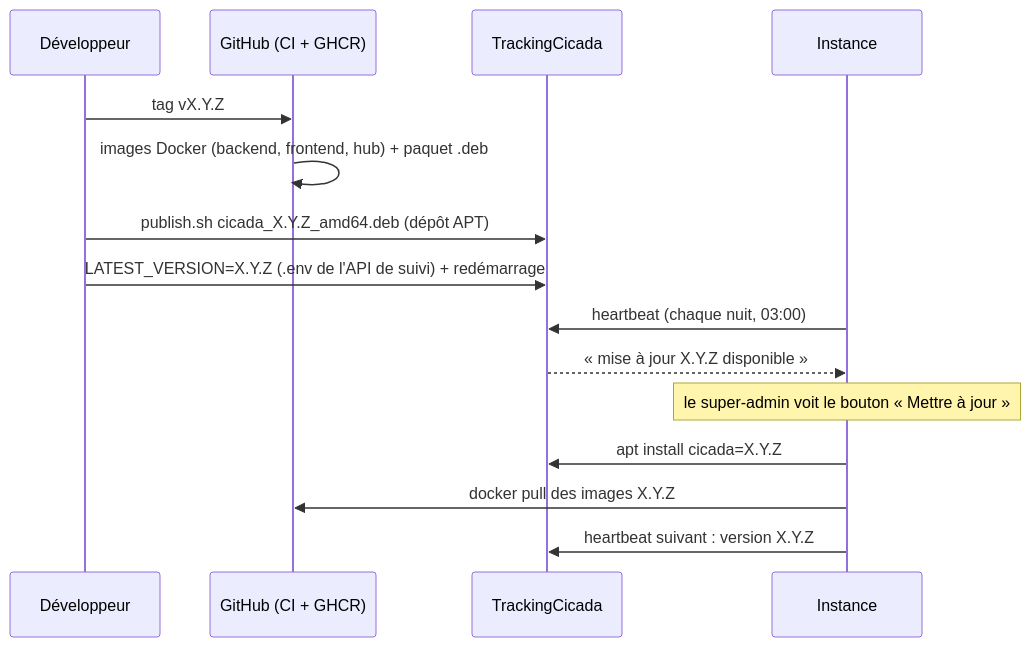
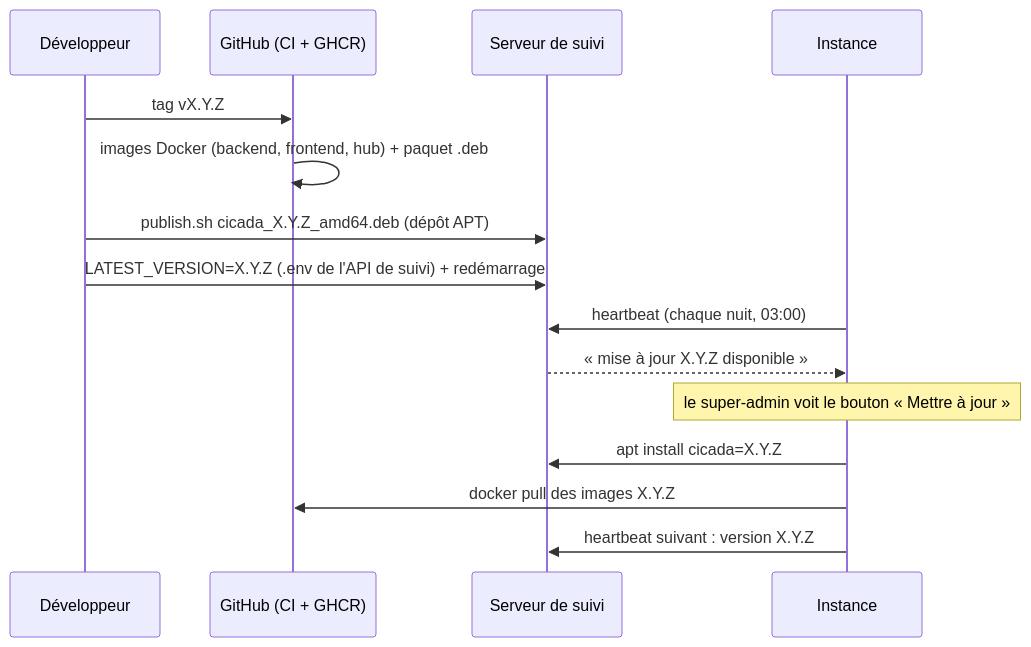
Before and after one commit to RNF-SI/Cicada: the second of 2 diagrams in docs/INFRASTRUCTURE.md, drawn with Mermaid. The commit also changed other lines of this file and 15 other files, not shown here.

````diff
--- a/docs/INFRASTRUCTURE.md
+++ b/docs/INFRASTRUCTURE.md
@@ -71,18 +71,18 @@
 ```mermaid
 sequenceDiagram
     participant Dev as Développeur
     participant GH as GitHub (CI + GHCR)
-    participant TC as TrackingCicada
+    participant TC as Serveur de suivi
     participant I as Instance
 
     Dev->>GH: tag vX.Y.Z
     GH->>GH: images Docker (backend, frontend, hub) + paquet .deb
     Dev->>TC: publish.sh cicada_X.Y.Z_amd64.deb (dépôt APT)
     Dev->>TC: LATEST_VERSION=X.Y.Z (.env de l'API de suivi) + redémarrage
     I->>TC: heartbeat (chaque nuit, 03:00)
     TC-->>I: « mise à jour X.Y.Z disponible »
     Note over I: le super-admin voit le bouton « Mettre à jour »
     I->>TC: apt install cicada=X.Y.Z
     I->>GH: docker pull des images X.Y.Z
     I->>TC: heartbeat suivant : version X.Y.Z
 ```
````
